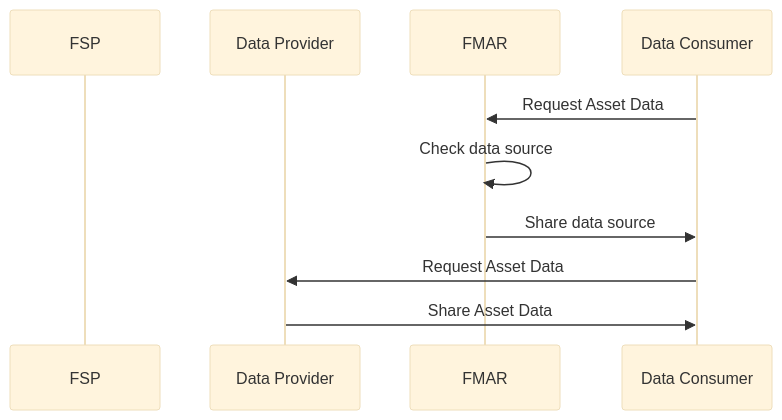
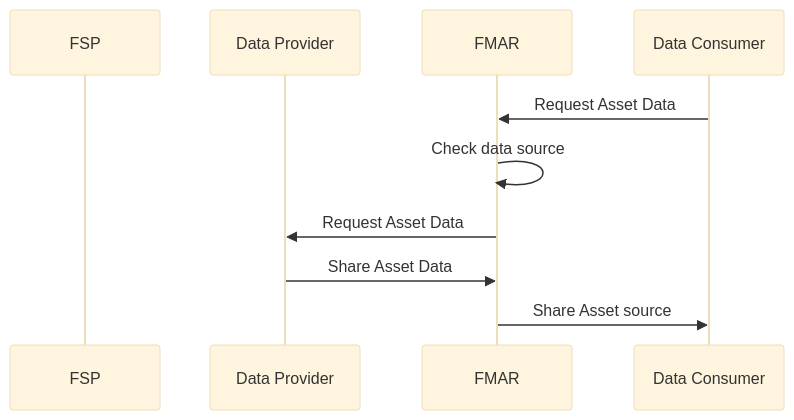
Before and after one commit to mez-FMDA/test2: the fourth of 4 diagrams in docs/Market_Facilitator/FMAR_Design/Data_Architecture/Sequence_Diagram_centralised_Vs_Decentralised.md, drawn with Mermaid (base theme).

````diff
--- a/docs/Market_Facilitator/FMAR_Design/Data_Architecture/Sequence_Diagram_centralised_Vs_Decentralised.md
+++ b/docs/Market_Facilitator/FMAR_Design/Data_Architecture/Sequence_Diagram_centralised_Vs_Decentralised.md
@@ -73,12 +73,12 @@
 ```mermaid
 sequenceDiagram
     participant FSP
     participant Data Provider
     participant FMAR
     participant Data Consumer
     Data Consumer->>FMAR: Request Asset Data
     FMAR->>FMAR: Check data source
-    FMAR->> Data Consumer: Share data source
-    Data Consumer->> Data Provider: Request Asset Data
-    Data Provider->> Data Consumer: Share Asset Data
+    FMAR->> Data Provider: Request Asset Data
+    Data Provider->> FMAR: Share Asset Data
+    FMAR->> Data Consumer: Share Asset source
 ```
````
